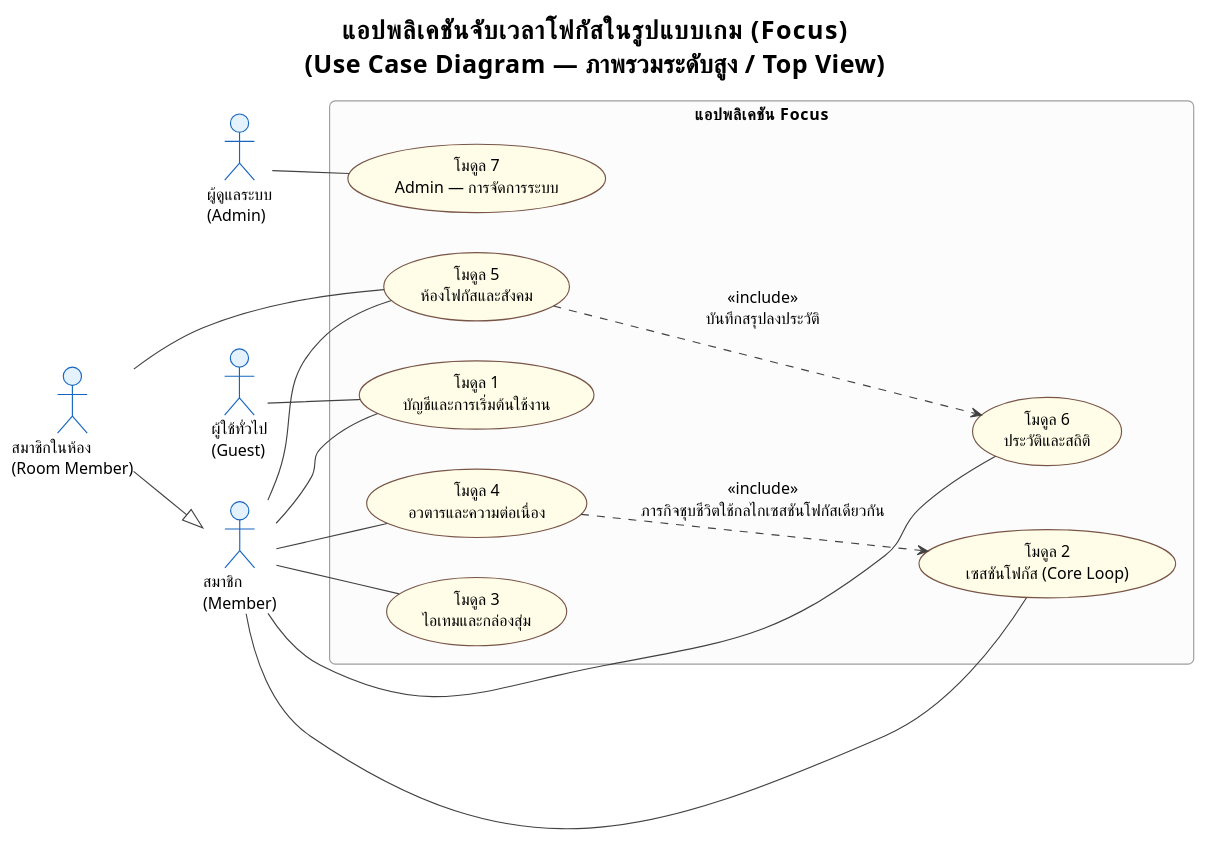
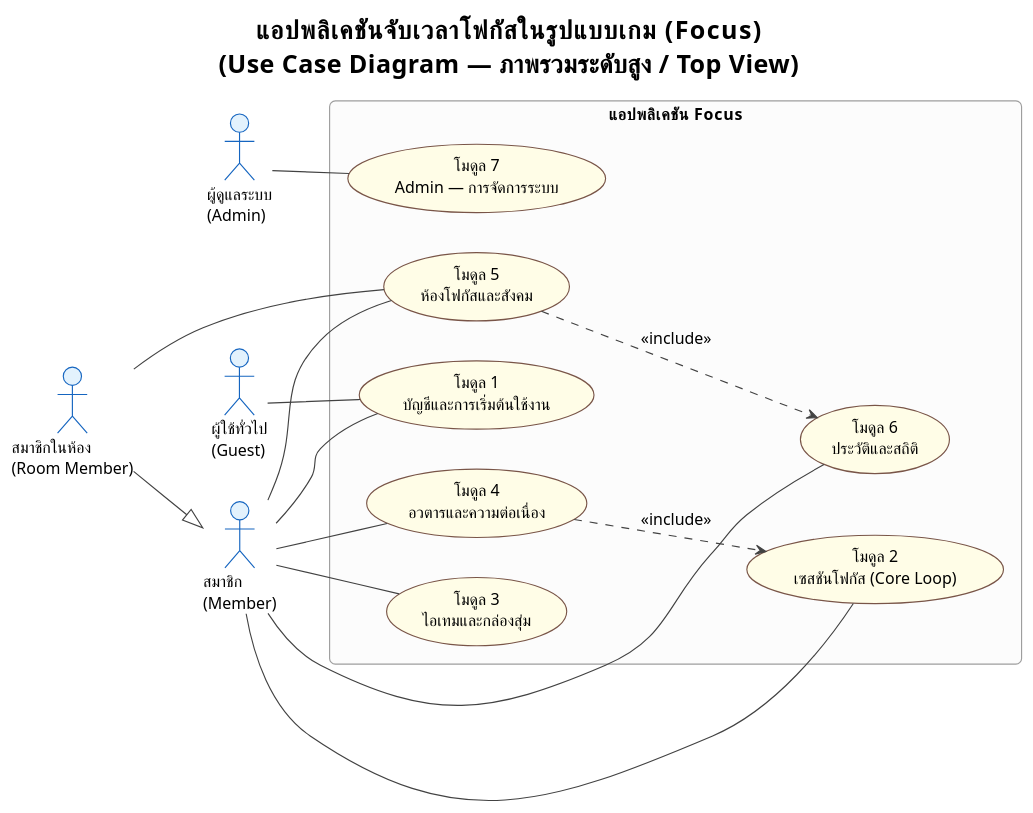
One commit to popotaroman-cloud/dssiprj-pad changed the diagram in proposal/usecase/usecase_overview.puml. Above: the diagram before and after it, drawn with PlantUML. The commit also changed 7 other files, not shown here.

```diff
--- a/proposal/usecase/usecase_overview.puml
+++ b/proposal/usecase/usecase_overview.puml
@@ -1,60 +1,60 @@
 @startuml usecase_overview
 !theme plain
 skinparam defaultFontName TH Sarabun New
 skinparam defaultFontSize 14
 skinparam roundcorner 10
 
 skinparam usecase {
   BackgroundColor #FFFDE7
   BorderColor #795548
 }
 skinparam actor {
   BackgroundColor #E3F2FD
   BorderColor #1565C0
 }
 skinparam rectangle {
   BackgroundColor #FCFCFC
   BorderColor #9E9E9E
 }
 skinparam ArrowColor #424242
 
 title <b>แอปพลิเคชันจับเวลาโฟกัสในรูปแบบเกม (Focus)</b>\n(Use Case Diagram — ภาพรวมระดับสูง / Top View)
 
 left to right direction
 
 actor "ผู้ใช้ทั่วไป\n(Guest)" as Guest
 actor "สมาชิก\n(Member)" as Member
 actor "สมาชิกในห้อง\n(Room Member)" as RoomMember
 actor "ผู้ดูแลระบบ\n(Admin)" as Admin
 
 rectangle "แอปพลิเคชัน Focus" {
   usecase "โมดูล 1\nบัญชีและการเริ่มต้นใช้งาน" as M1
   usecase "โมดูล 2\nเซสชันโฟกัส (Core Loop)" as M2
   usecase "โมดูล 3\nไอเทมและกล่องสุ่ม" as M3
   usecase "โมดูล 4\nอวตารและความต่อเนื่อง" as M4
   usecase "โมดูล 5\nห้องโฟกัสและสังคม" as M5
   usecase "โมดูล 6\nประวัติและสถิติ" as M6
   usecase "โมดูล 7\nAdmin — การจัดการระบบ" as M7
 }
 
 ' ===== Actor generalization: Room Member เป็นสมาชิกที่กำลังอยู่ในห้อง =====
 RoomMember --|> Member
 
 ' ===== ความสัมพันธ์ actor–use case (เส้นธรรมดา) =====
 Guest -- M1
 Member -- M1
 Member -- M2
 Member -- M3
 Member -- M4
 Member -- M5
 Member -- M6
 RoomMember -- M5
 Admin -- M7
 
 ' ===== ความสัมพันธ์ระหว่างโมดูล =====
 ' หมายเหตุ: HP Decay/Streak/เลเวลอัพ ถูกยุบรวมเป็น business rules ของโมดูล 2 แล้ว
 ' ไม่ใช่ use case แยกที่ต้องวาดเป็นความสัมพันธ์ระหว่างโมดูลอีกต่อไป
-M4 ..> M2 : <<include>>\nภารกิจชุบชีวิตใช้กลไกเซสชันโฟกัสเดียวกัน
-M5 ..> M6 : <<include>>\nบันทึกสรุปลงประวัติ
+M4 ..> M2 : <<include>>
+M5 ..> M6 : <<include>>
 
 @enduml
```
